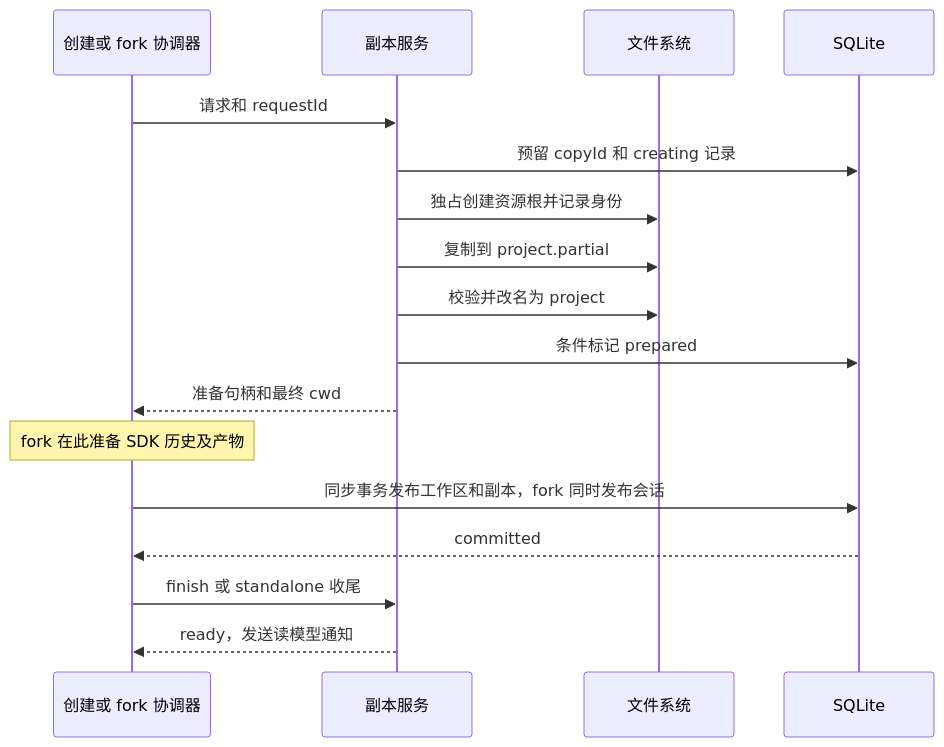
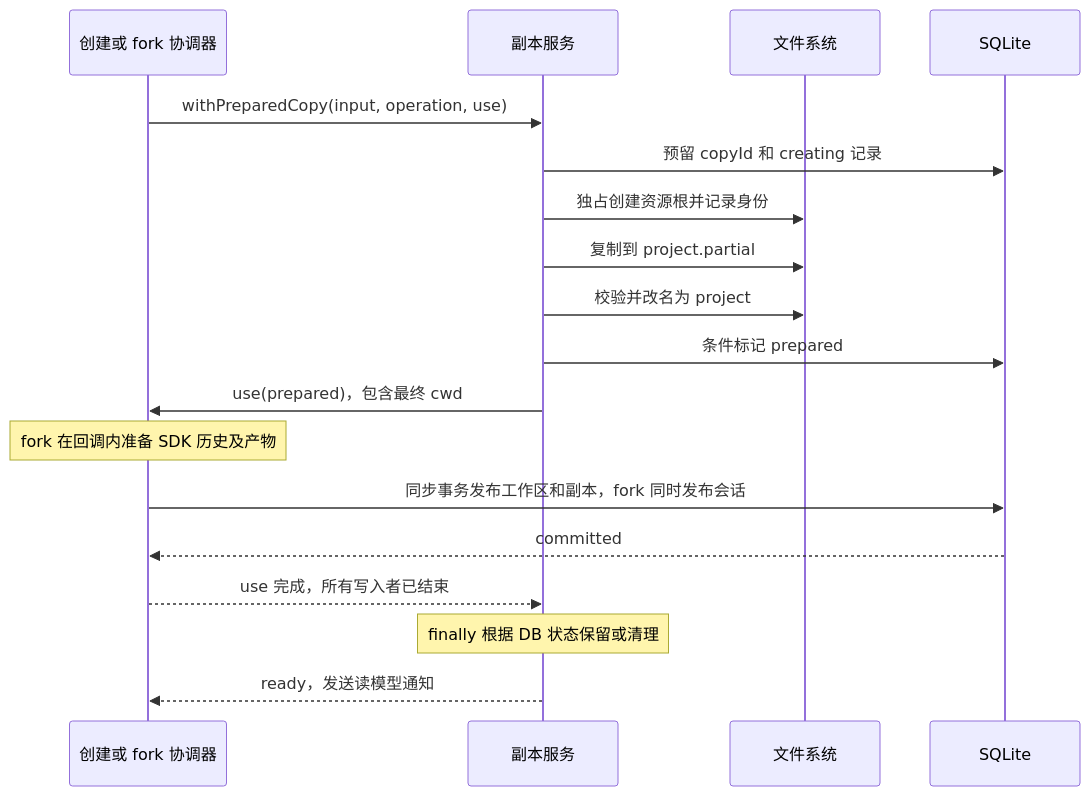
The second of 2 diagrams in docs/references/ai/agent-workspace-copy-design.md (CherryHQ/cherry-studio), drawn with Mermaid before and after one commit. The commit also changed other lines of this file, not shown here.

Commit message:
docs(agent-workspace): simplify copy design and clarify ownership

````diff
--- a/docs/references/ai/agent-workspace-copy-design.md
+++ b/docs/references/ai/agent-workspace-copy-design.md
@@ -275,19 +276,20 @@
 ```mermaid
 sequenceDiagram
   participant Caller as 创建或 fork 协调器
   participant Copy as 副本服务
   participant FS as 文件系统
   participant DB as SQLite
-  Caller->>Copy: 请求和 requestId
+  Caller->>Copy: withPreparedCopy(input, operation, use)
   Copy->>DB: 预留 copyId 和 creating 记录
   Copy->>FS: 独占创建资源根并记录身份
   Copy->>FS: 复制到 project.partial
   Copy->>FS: 校验并改名为 project
   Copy->>DB: 条件标记 prepared
-  Copy-->>Caller: 准备句柄和最终 cwd
-  Note over Caller: fork 在此准备 SDK 历史及产物
+  Copy->>Caller: use(prepared)，包含最终 cwd
+  Note over Caller: fork 在回调内准备 SDK 历史及产物
   Caller->>DB: 同步事务发布工作区和副本，fork 同时发布会话
   DB-->>Caller: committed
-  Caller->>Copy: finish 或 standalone 收尾
+  Caller-->>Copy: use 完成，所有写入者已结束
+  Note over Copy: finally 根据 DB 状态保留或清理
   Copy-->>Caller: ready，发送读模型通知
 ```
````
